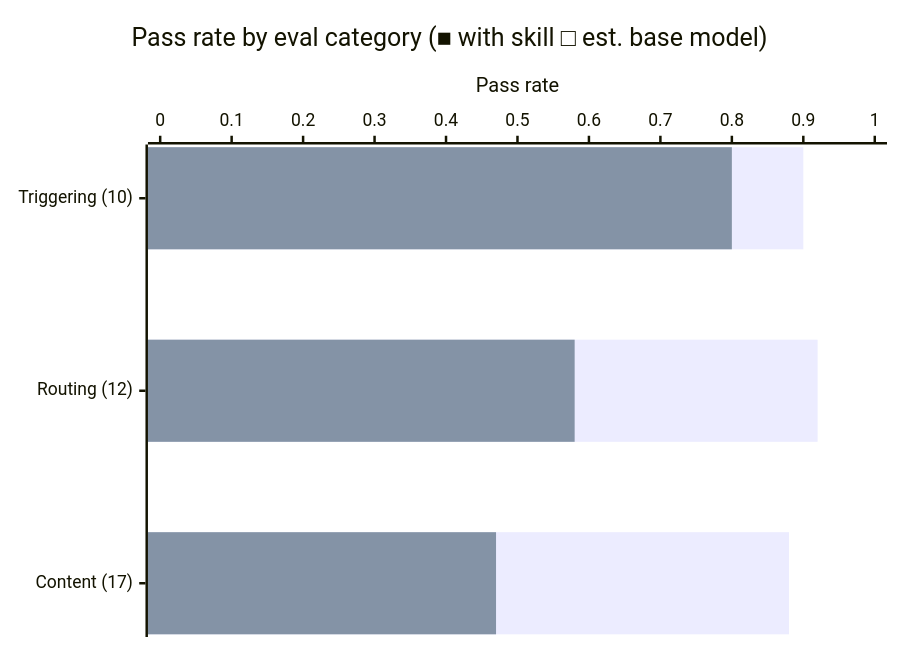
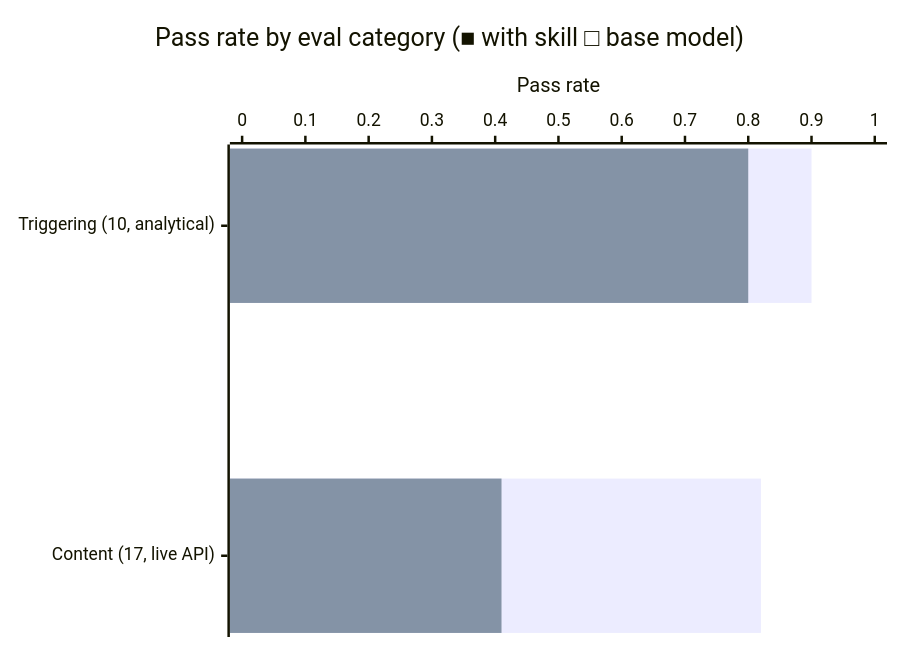
The diagram in comp-modeling/README.md (JacobElder/jakes-skills), drawn with Mermaid before and after one commit. The commit also changed other lines of this file and 53 other files, not shown here.

````diff
--- a/comp-modeling/README.md
+++ b/comp-modeling/README.md
@@ -103,8 +108,8 @@
 ```mermaid
 xychart-beta horizontal
-    title "Pass rate by eval category (■ with skill  □ est. base model)"
-    x-axis ["Triggering (10)", "Routing (12)", "Content (17)"]
+    title "Pass rate by eval category (■ with skill  □ base model)"
+    x-axis ["Triggering (10, analytical)", "Content (17, live API)"]
     y-axis "Pass rate" 0 --> 1
-    bar [0.90, 0.92, 0.88]
-    bar [0.80, 0.58, 0.47]
+    bar [0.90, 0.82]
+    bar [0.80, 0.41]
 ```
````
